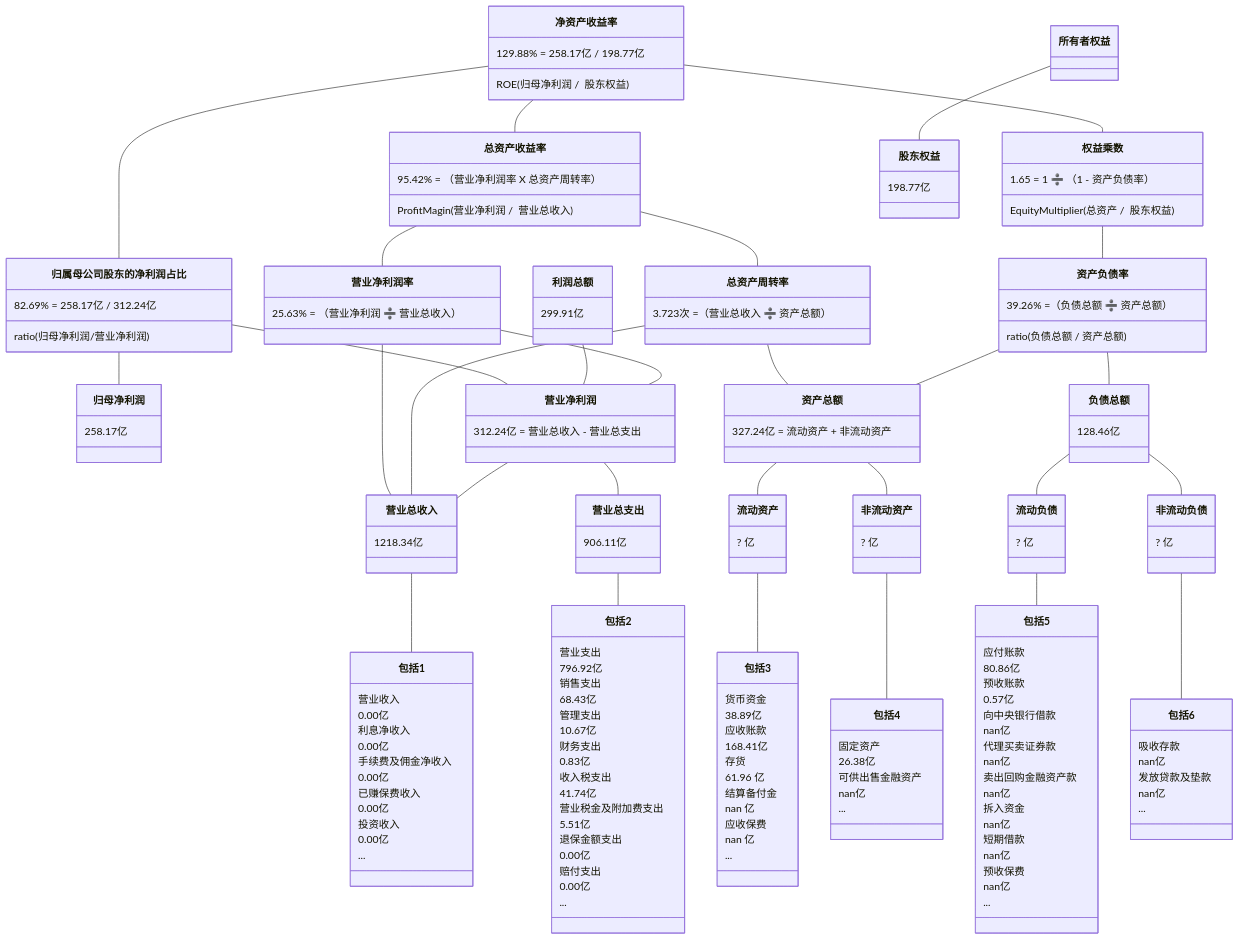
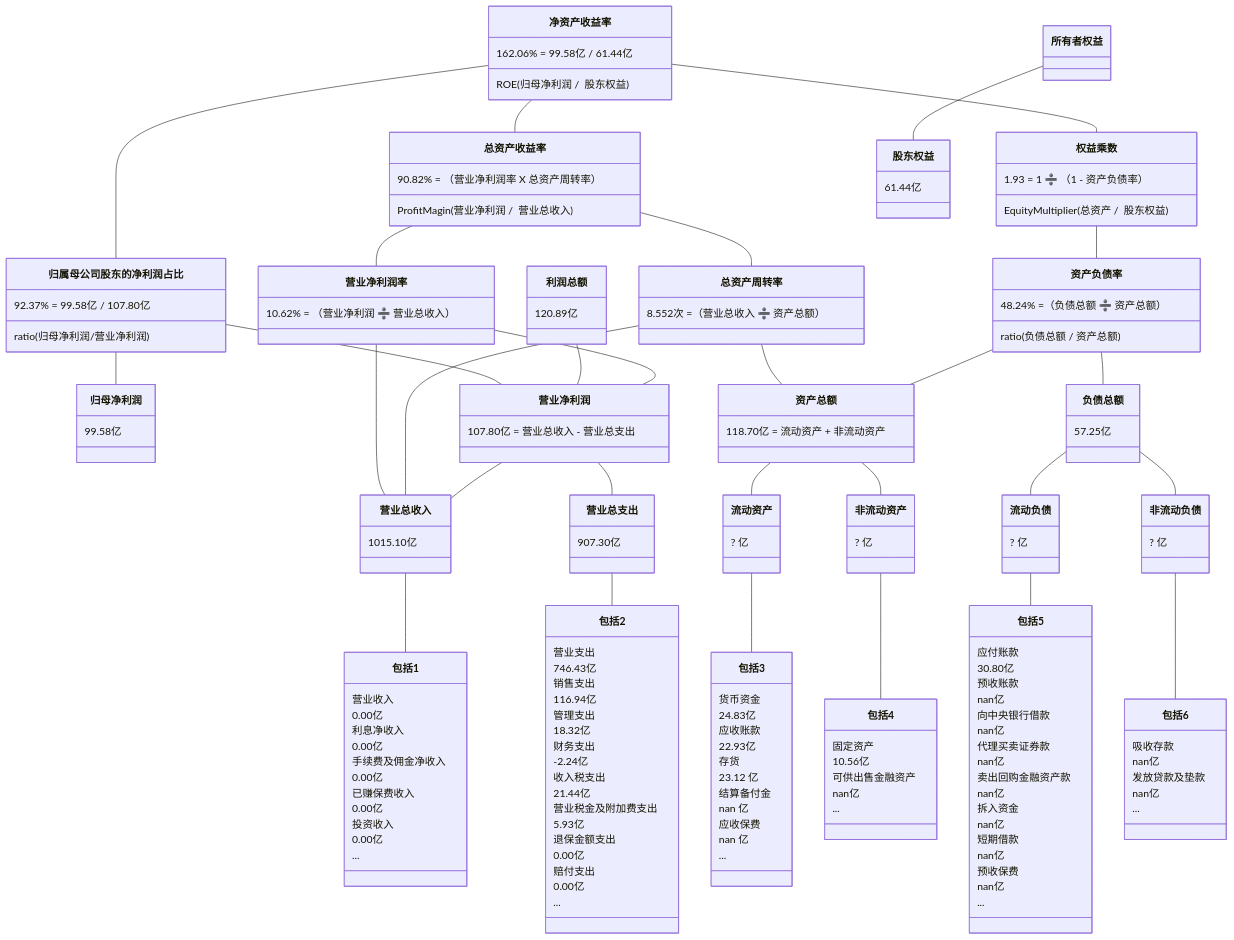
Before and after one commit to TheVeryDarkness/cs410: the eighth of 10 diagrams in 2/2.md, drawn with Mermaid. The commit also changed other lines of this file and 72 other files, not shown here.

````diff
--- a/2/2.md
+++ b/2/2.md
@@ -1043,45 +1075,45 @@
 ```mermaid
 classDiagram
 净资产收益率 -- 总资产收益率
-    净资产收益率 : 129.88% = 258.17亿 / 198.77亿
+    净资产收益率 : 162.06% = 99.58亿 / 61.44亿
     净资产收益率 : ROE(归母净利润 /  股东权益)
-    总资产收益率 : 95.42% = （营业净利润率 X 总资产周转率）
+    总资产收益率 : 90.82% = （营业净利润率 X 总资产周转率）
     总资产收益率 : ProfitMagin(营业净利润 /  营业总收入)
 净资产收益率 -- 归属母公司股东的净利润占比
-	  归属母公司股东的净利润占比 : 82.69% = 258.17亿 / 312.24亿
+	  归属母公司股东的净利润占比 : 92.37% = 99.58亿 / 107.80亿
 	  归属母公司股东的净利润占比 : ratio(归母净利润/营业净利润)
 归属母公司股东的净利润占比 -- 归母净利润
-    归母净利润 : 258.17亿
+    归母净利润 : 99.58亿
 归属母公司股东的净利润占比 -- 营业净利润
-利润总额 : 299.91亿
+利润总额 : 120.89亿
 利润总额 -- 营业净利润
 净资产收益率 -- 权益乘数
-    权益乘数 : 1.65 = 1 ➗ （1 - 资产负债率）
+    权益乘数 : 1.93 = 1 ➗ （1 - 资产负债率）
     权益乘数 : EquityMultiplier(总资产 /  股东权益)
 
 总资产收益率 -- 营业净利润率
-    营业净利润率 : 25.63% = （营业净利润 ➗ 营业总收入）
+    营业净利润率 : 10.62% = （营业净利润 ➗ 营业总收入）
 总资产收益率 -- 总资产周转率
-    总资产周转率 : 3.723次 =（营业总收入 ➗ 资产总额）
+    总资产周转率 : 8.552次 =（营业总收入 ➗ 资产总额）
 权益乘数 -- 资产负债率
-    资产负债率  : 39.26% =（负债总额 ➗ 资产总额）
+    资产负债率  : 48.24% =（负债总额 ➗ 资产总额）
     资产负债率  : ratio(负债总额 / 资产总额)
 
 营业净利润率 -- 营业净利润
-    营业净利润 : 312.24亿 = 营业总收入 - 营业总支出
+    营业净利润 : 107.80亿 = 营业总收入 - 营业总支出
 营业净利润率 -- 营业总收入
 总资产周转率 -- 营业总收入
 总资产周转率 -- 资产总额
-    资产总额 : 327.24亿 = 流动资产 + 非流动资产
+    资产总额 : 118.70亿 = 流动资产 + 非流动资产
 资产负债率 -- 负债总额
-    负债总额 : 128.46亿
+    负债总额 : 57.25亿
 资产负债率 -- 资产总额
 
 
 营业净利润 -- 营业总收入
-    营业总收入 : 1218.34亿
+    营业总收入 : 1015.10亿
 营业净利润 -- 营业总支出
-    营业总支出 : 906.11亿
+    营业总支出 : 907.30亿
 资产总额 -- 流动资产
 	  流动资产 : ? 亿
 资产总额 -- 非流动资产
@@ -1105,17 +1137,17 @@
     包括1 : ...
 营业总支出 -- 包括2
     包括2 : 营业支出
-    包括2 : 796.92亿
+    包括2 : 746.43亿
     包括2 : 销售支出
-    包括2 : 68.43亿
+    包括2 : 116.94亿
     包括2 : 管理支出
-    包括2 : 10.67亿
+    包括2 : 18.32亿
     包括2 : 财务支出
-    包括2 : 0.83亿
+    包括2 : -2.24亿
     包括2 : 收入税支出
-    包括2 : 41.74亿
+    包括2 : 21.44亿
     包括2 : 营业税金及附加费支出
-    包括2 : 5.51亿
+    包括2 : 5.93亿
     包括2 : 退保金额支出
     包括2 : 0.00亿
     包括2 : 赔付支出
@@ -1123,11 +1155,11 @@
     包括2 : ...
 流动资产 -- 包括3
     包括3 : 货币资金
-    包括3 : 38.89亿
+    包括3 : 24.83亿
     包括3 : 应收账款
-    包括3 : 168.41亿
+    包括3 : 22.93亿
     包括3 : 存货
-    包括3 : 61.96 亿
+    包括3 : 23.12 亿
     包括3 : 结算备付金
     包括3 : nan 亿
     包括3 : 应收保费
@@ -1135,15 +1167,15 @@
     包括3 : ...
 非流动资产 -- 包括4
     包括4 : 固定资产
-    包括4 : 26.38亿
+    包括4 : 10.56亿
     包括4 : 可供出售金融资产
     包括4 : nan亿
     包括4 : ...
 流动负债 -- 包括5
     包括5 : 应付账款
-    包括5 : 80.86亿
+    包括5 : 30.80亿
     包括5 : 预收账款
-    包括5 : 0.57亿
+    包括5 : nan亿
     包括5 : 向中央银行借款
     包括5 : nan亿
     包括5 : 代理买卖证券款
@@ -1164,5 +1196,5 @@
     包括6 : nan亿
     包括6 : ...
 所有者权益 -- 股东权益
-    股东权益 : 198.77亿
+    股东权益 : 61.44亿
 ```
````
